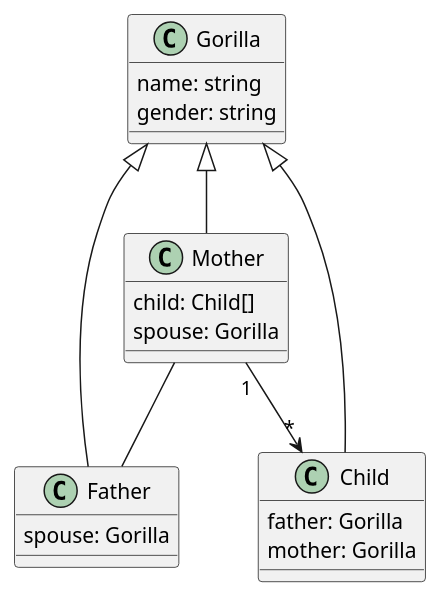
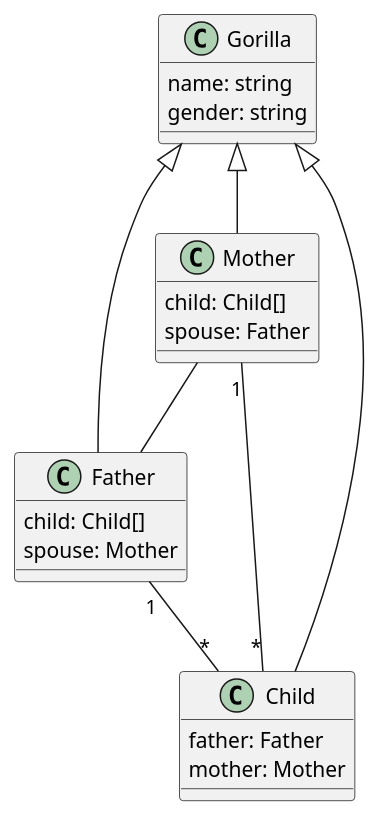
The diagram in uml/domain-model.puml (evaou/family-tree), drawn with PlantUML before and after one commit.

Commit message:
update domain model

```diff
--- a/uml/domain-model.puml
+++ b/uml/domain-model.puml
@@ -1,30 +1,32 @@
 @startuml domain model
 
 class Gorilla {
     name: string
     gender: string
 }
 
 class Mother {
     child: Child[]
-    spouse: Gorilla
+    spouse: Father
 }
 
 class Father {
-    spouse: Gorilla
+    child: Child[]
+    spouse: Mother
 }
 
 class Child {
-    father: Gorilla
-    mother: Gorilla
+    father: Father
+    mother: Mother
 }
 
 Gorilla <|-- Mother
 Gorilla <|-- Father
 Gorilla <|-- Child
 
-Mother "1" --> "*" Child
+Mother "1" -- "*" Child
+Father "1" -- "*" Child
 
 Mother -- Father
 
 @enduml
```
